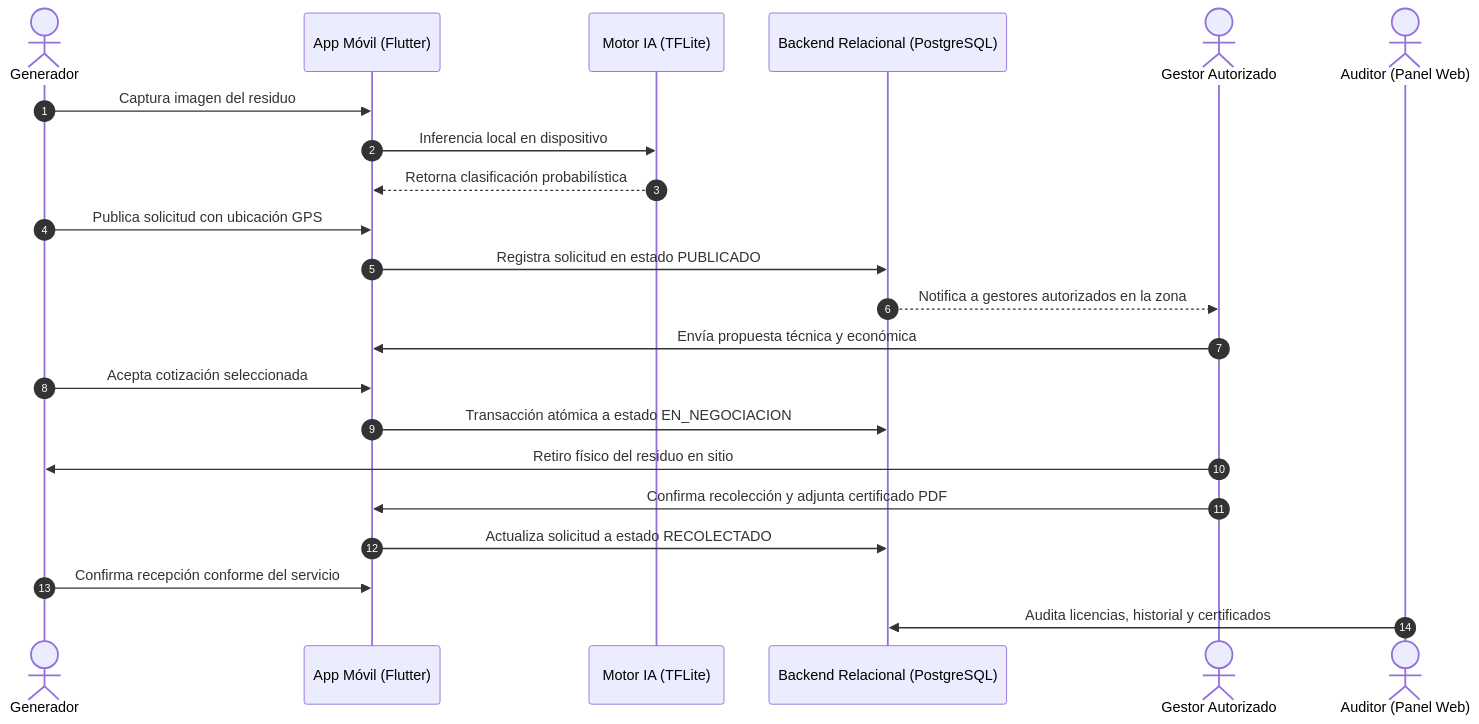
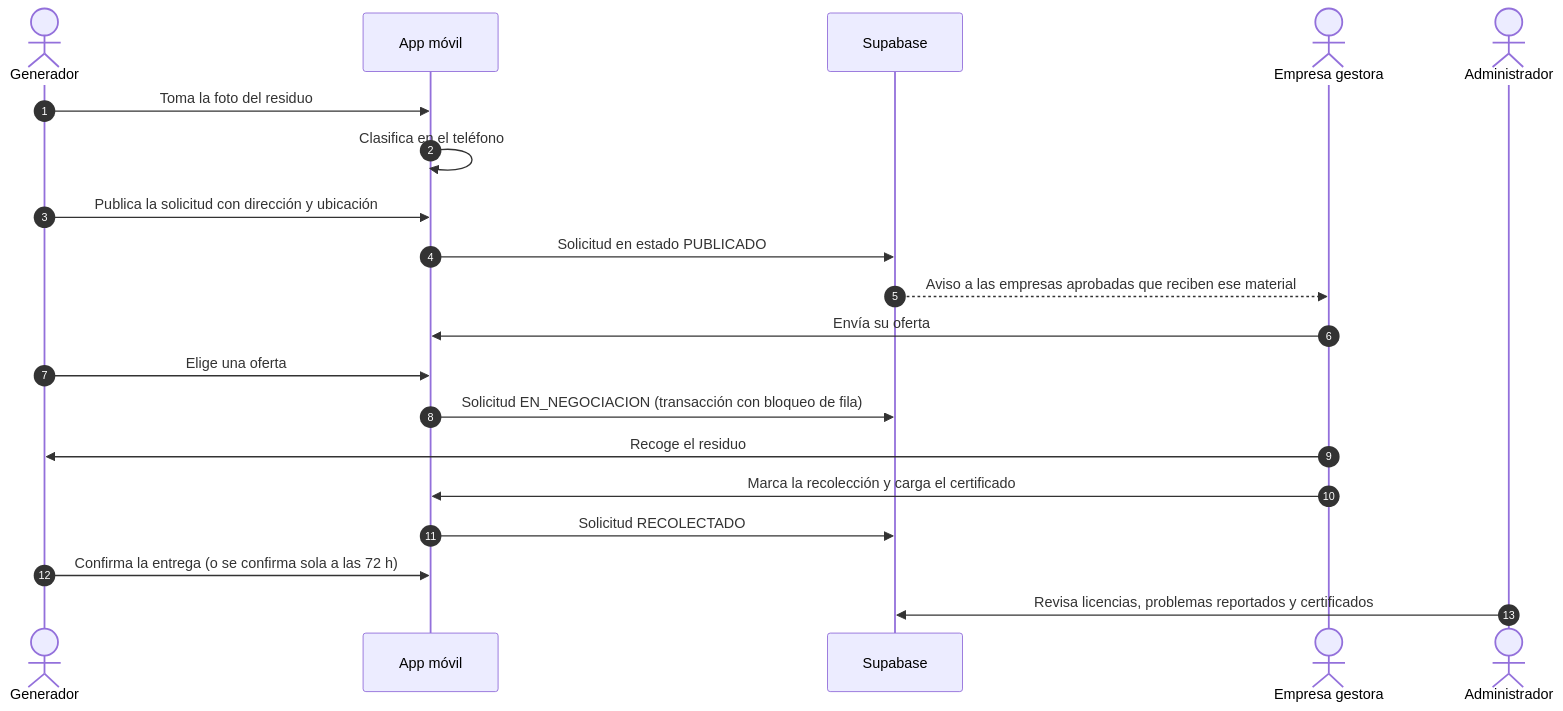
The second of 2 diagrams in README.md (C3RLOSMORENO/EcoResiduos), drawn with Mermaid before and after one commit. The commit also changed other lines of this file and 63 other files, not shown here.

Commit message:
correciones generales en la app y web

````diff
--- a/README.md
+++ b/README.md
@@ -204,25 +134,23 @@
 ```mermaid
 sequenceDiagram
     autonumber
     actor Gen as Generador
-    participant App as App Móvil (Flutter)
-    participant Model as Motor IA (TFLite)
-    participant DB as Backend Relacional (PostgreSQL)
-    actor Gest as Gestor Autorizado
-    actor Admin as Auditor (Panel Web)
+    participant App as App móvil
+    participant DB as Supabase
+    actor Gest as Empresa gestora
+    actor Admin as Administrador
 
-    Gen->>App: Captura imagen del residuo
-    App->>Model: Inferencia local en dispositivo
-    Model-->>App: Retorna clasificación probabilística
-    Gen->>App: Publica solicitud con ubicación GPS
-    App->>DB: Registra solicitud en estado PUBLICADO
-    DB-->>Gest: Notifica a gestores autorizados en la zona
-    Gest->>App: Envía propuesta técnica y económica
-    Gen->>App: Acepta cotización seleccionada
-    App->>DB: Transacción atómica a estado EN_NEGOCIACION
-    Gest->>Gen: Retiro físico del residuo en sitio
-    Gest->>App: Confirma recolección y adjunta certificado PDF
-    App->>DB: Actualiza solicitud a estado RECOLECTADO
-    Gen->>App: Confirma recepción conforme del servicio
-    Admin->>DB: Audita licencias, historial y certificados
+    Gen->>App: Toma la foto del residuo
+    App->>App: Clasifica en el teléfono
+    Gen->>App: Publica la solicitud con dirección y ubicación
+    App->>DB: Solicitud en estado PUBLICADO
+    DB-->>Gest: Aviso a las empresas aprobadas que reciben ese material
+    Gest->>App: Envía su oferta
+    Gen->>App: Elige una oferta
+    App->>DB: Solicitud EN_NEGOCIACION (transacción con bloqueo de fila)
+    Gest->>Gen: Recoge el residuo
+    Gest->>App: Marca la recolección y carga el certificado
+    App->>DB: Solicitud RECOLECTADO
+    Gen->>App: Confirma la entrega (o se confirma sola a las 72 h)
+    Admin->>DB: Revisa licencias, problemas reportados y certificados
 ```
````
